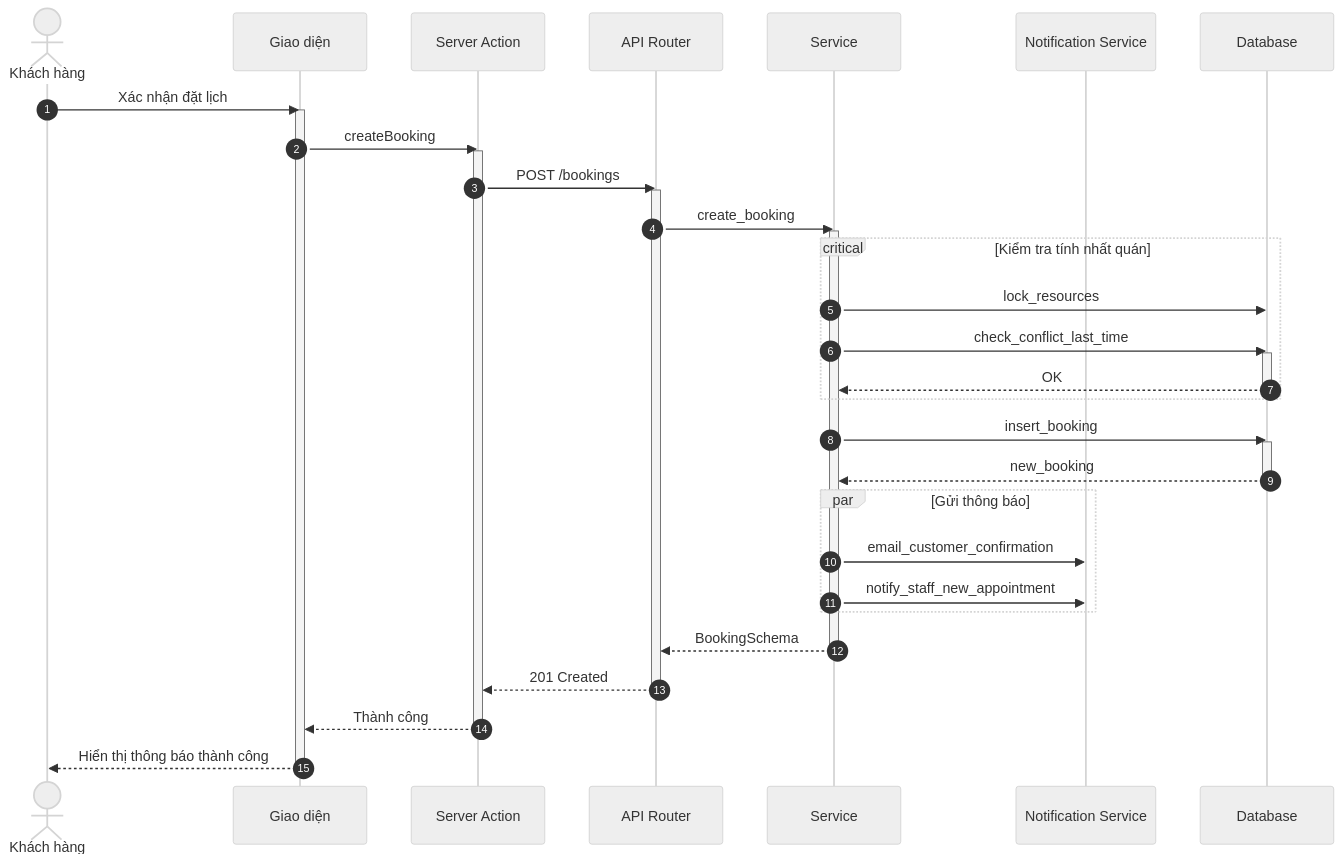
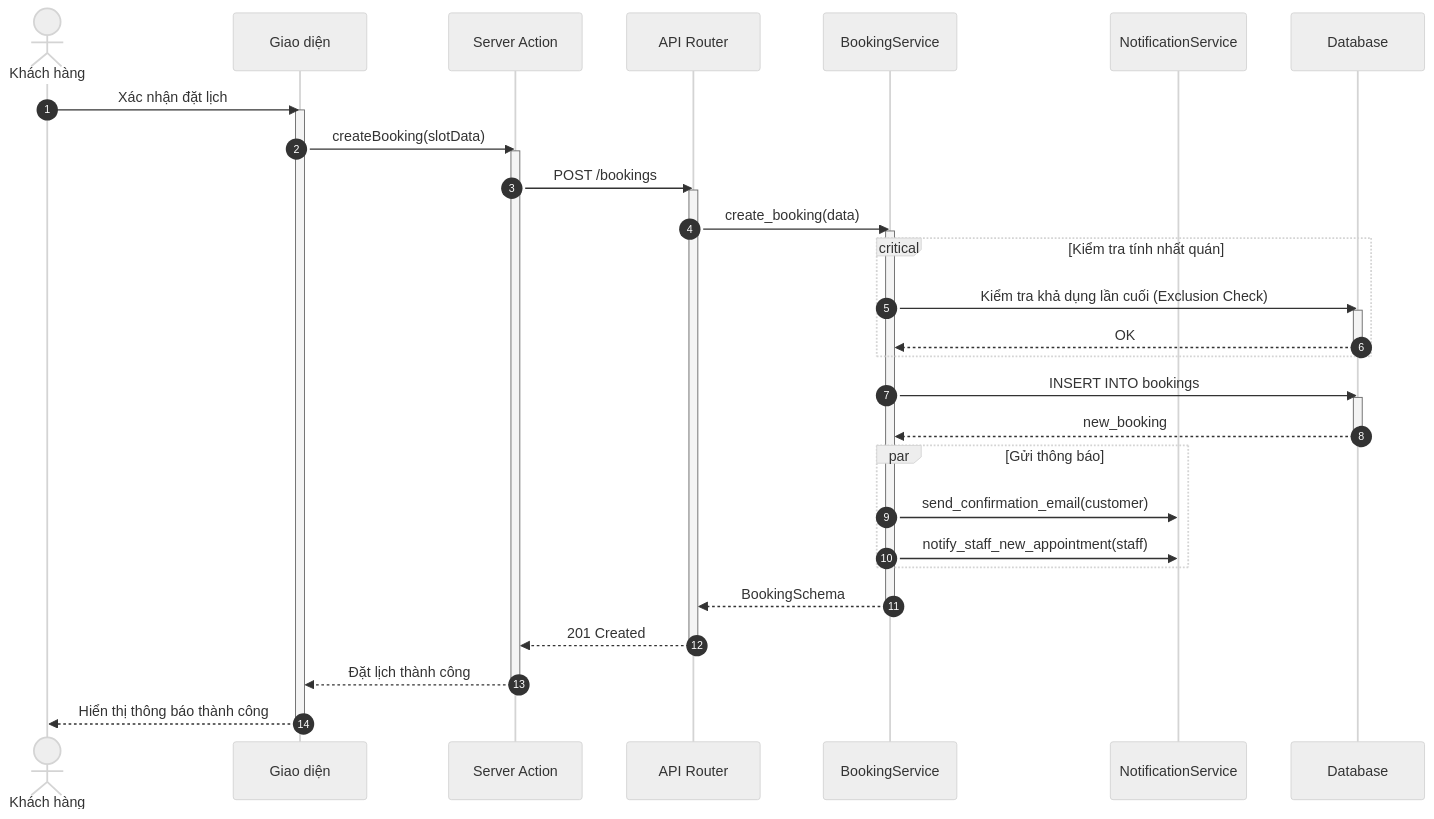
The fourth of 9 diagrams in docs/design/sequences/customer_flows.md (ngoctinn/Synapse), drawn with Mermaid (neutral theme) before and after one commit. The commit also changed other lines of this file and 11 other files, not shown here.

Commit message:
docs: Add initial design documentation, including architecture, UI, use cases, and detailed sequence diagrams for various user flows.

````diff
--- a/docs/design/sequences/customer_flows.md
+++ b/docs/design/sequences/customer_flows.md
@@ -162,52 +162,51 @@
 ```mermaid
 sequenceDiagram
     autonumber
     actor KH as Khách hàng
     participant UI as Giao diện
     participant BFF as Server Action
     participant API as API Router
-    participant S as Service
-    participant NOTI as Notification Service
+    participant S as BookingService
+    participant NOTI as NotificationService
     participant DB as Database
 
     KH->>UI: Xác nhận đặt lịch
     activate UI
-    UI->>BFF: createBooking
+    UI->>BFF: createBooking(slotData)
     activate BFF
 
     BFF->>API: POST /bookings
     activate API
 
-    API->>S: create_booking
+    API->>S: create_booking(data)
     activate S
 
     critical Kiểm tra tính nhất quán
-        S->>DB: lock_resources
-        S->>DB: check_conflict_last_time
+        S->>DB: Kiểm tra khả dụng lần cuối (Exclusion Check)
         activate DB
         DB-->>S: OK
         deactivate DB
     end
 
-    S->>DB: insert_booking
+    S->>DB: INSERT INTO bookings
     activate DB
     DB-->>S: new_booking
     deactivate DB
 
     par Gửi thông báo
-        S->>NOTI: email_customer_confirmation
-        S->>NOTI: notify_staff_new_appointment
+        S->>NOTI: send_confirmation_email(customer)
+        S->>NOTI: notify_staff_new_appointment(staff)
     end
 
     S-->>API: BookingSchema
     deactivate S
 
     API-->>BFF: 201 Created
     deactivate API
 
-    BFF-->>UI: Thành công
+    BFF-->>UI: Đặt lịch thành công
     deactivate BFF
 
     UI-->>KH: Hiển thị thông báo thành công
     deactivate UI
 ```
````
